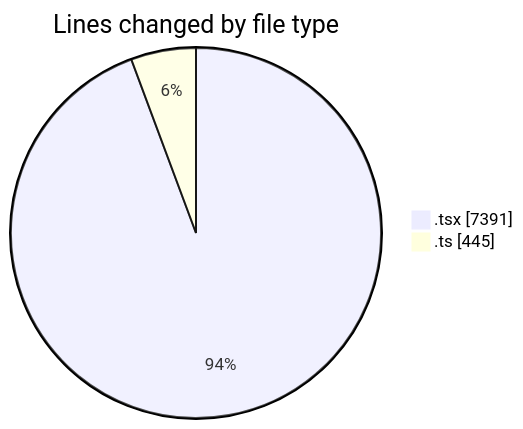
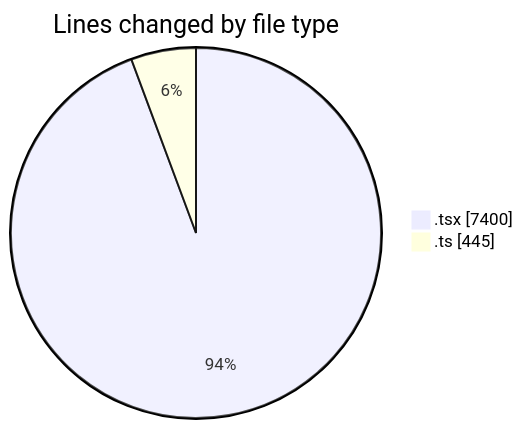
The first of 2 diagrams in 2025-09-24/cda/README.md (momahboobian/code-tracking), drawn with Mermaid before and after one commit. The commit also changed other lines of this file and 1 other file, not shown here.

````diff
--- a/2025-09-24/cda/README.md
+++ b/2025-09-24/cda/README.md
@@ -36,6 +36,6 @@
 ```mermaid
 pie showData
 title Lines changed by file type
-".tsx" : 7391
+".tsx" : 7400
 ".ts" : 445
 ```
````
